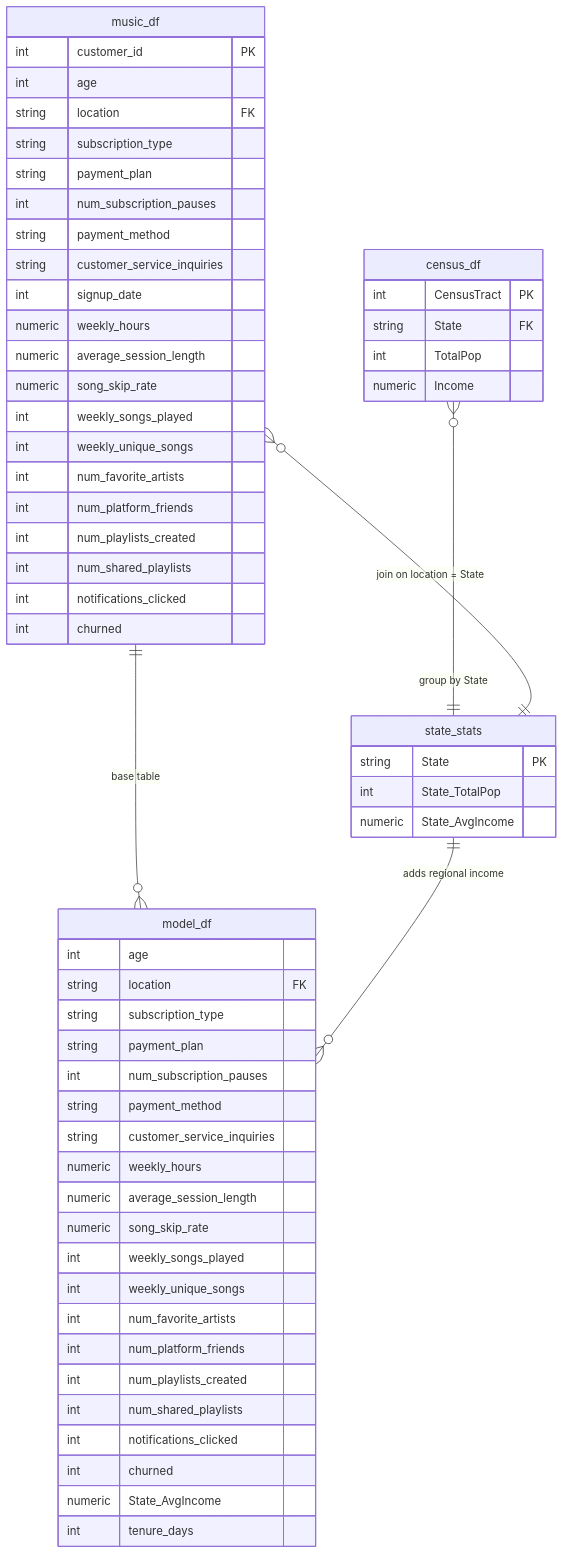
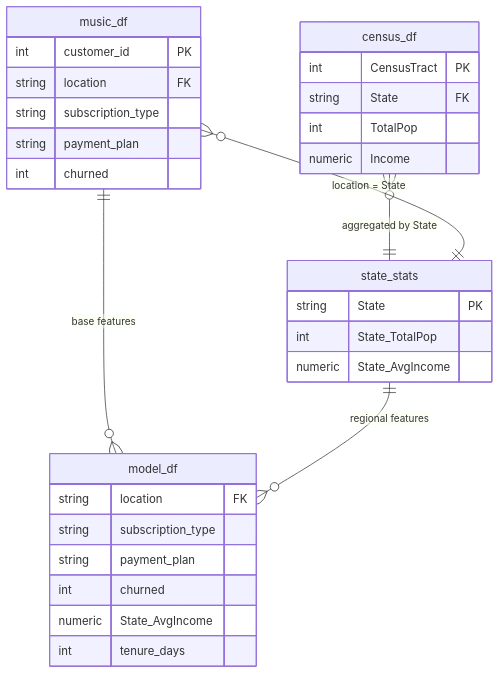
One commit to sooa02/test_repo changed the diagram in README.md. Above: the diagram before and after it, drawn with Mermaid.

Commit message:
Refactor ER diagram by removing fields and updating relationships
Removed several fields from the music_df and model_df sections in the ER diagram. Updated relationships to reflect changes in the data structure.

````diff
--- a/README.md
+++ b/README.md
@@ -169,66 +169,37 @@
 ```mermaid
 erDiagram
     music_df {
         int customer_id PK
-        int age
         string location FK
         string subscription_type
         string payment_plan
-        int num_subscription_pauses
-        string payment_method
-        string customer_service_inquiries
-        int signup_date
-        numeric weekly_hours
-        numeric average_session_length
-        numeric song_skip_rate
-        int weekly_songs_played
-        int weekly_unique_songs
-        int num_favorite_artists
-        int num_platform_friends
-        int num_playlists_created
-        int num_shared_playlists
-        int notifications_clicked
         int churned
     }
 
     census_df {
         int CensusTract PK
         string State FK
         int TotalPop
         numeric Income
     }
 
     state_stats {
         string State PK
         int State_TotalPop
         numeric State_AvgIncome
     }
 
     model_df {
-        int age
         string location FK
         string subscription_type
         string payment_plan
-        int num_subscription_pauses
-        string payment_method
-        string customer_service_inquiries
-        numeric weekly_hours
-        numeric average_session_length
-        numeric song_skip_rate
-        int weekly_songs_played
-        int weekly_unique_songs
-        int num_favorite_artists
-        int num_platform_friends
-        int num_playlists_created
-        int num_shared_playlists
-        int notifications_clicked
         int churned
         numeric State_AvgIncome
         int tenure_days
     }
 
-    census_df }o--|| state_stats : "group by State"
-    music_df }o--|| state_stats : "join on location = State"
-    music_df ||--o{ model_df : "base table"
-    state_stats ||--o{ model_df : "adds regional income"
+    census_df }o--|| state_stats : "aggregated by State"
+    music_df }o--|| state_stats : "location = State"
+    music_df ||--o{ model_df : "base features"
+    state_stats ||--o{ model_df : "regional features"
 ```
````
